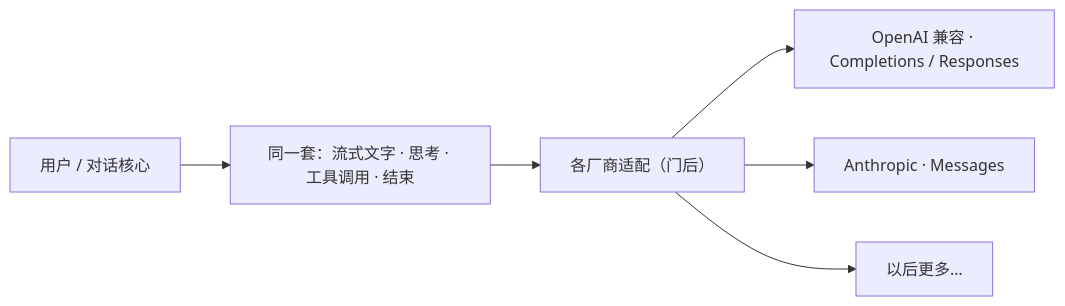
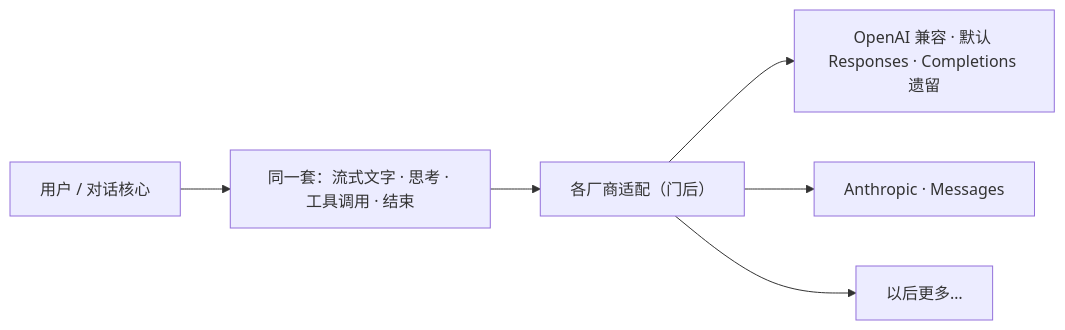
One commit to StrayDragon/xylitol changed the diagram in docs/architecture/多厂商模型.md. Above: the diagram before and after it, drawn with Mermaid. The commit also changed other lines of this file and 13 other files, not shown here.

First line of the commit message:
feat(agent): default OpenAI api to Responses and archive c1600

````diff
--- a/docs/architecture/多厂商模型.md
+++ b/docs/architecture/多厂商模型.md
@@ -10,8 +12,8 @@
 ```mermaid
 flowchart LR
   User["用户 / 对话核心"] --> Same["同一套：流式文字 · 思考 · 工具调用 · 结束"]
   Same --> Adapters["各厂商适配（门后）"]
-  Adapters --> A["OpenAI 兼容 · Completions / Responses"]
+  Adapters --> A["OpenAI 兼容 · 默认 Responses · Completions 遗留"]
   Adapters --> B["Anthropic · Messages"]
   Adapters --> C["以后更多…"]
 ```
````
